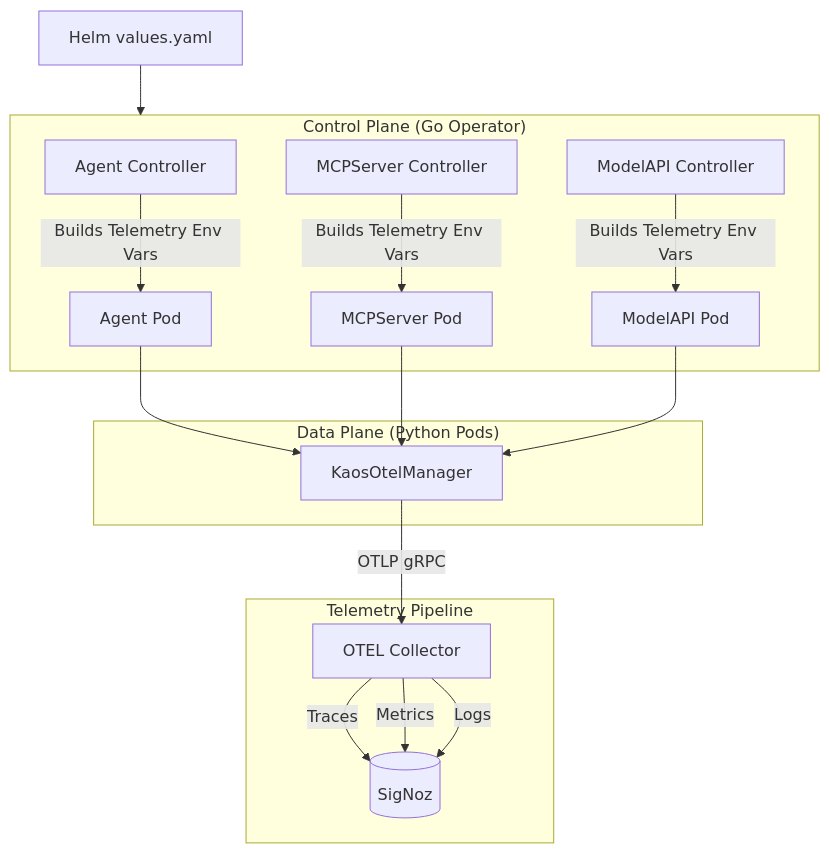
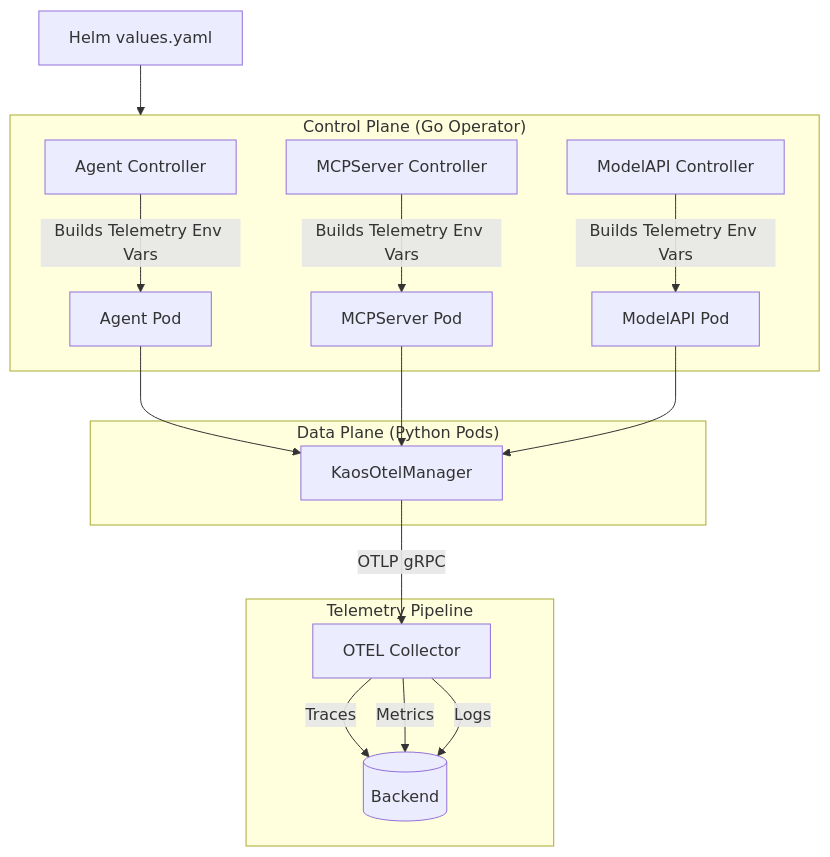
Before and after one commit to axsaucedo/kaos-ai-docs: the second of 2 diagrams in BLOGPOST.md, drawn with Mermaid. The commit also changed other lines of this file, not shown here.

````diff
--- a/BLOGPOST.md
+++ b/BLOGPOST.md
@@ -470,31 +640,31 @@
 ```mermaid
 flowchart TB
     subgraph ControlPlane["Control Plane (Go Operator)"]
         AC[Agent Controller]
         MC[MCPServer Controller]
         MACtrl[ModelAPI Controller]
         
         AC --> |Builds Telemetry Env Vars| AgentPod
         MC --> |Builds Telemetry Env Vars| MCPPod
         MACtrl --> |Builds Telemetry Env Vars| ModelPod
     end
     
     subgraph DataPlane["Data Plane (Python Pods)"]
         AgentPod[Agent Pod]
         MCPPod[MCPServer Pod]
         ModelPod[ModelAPI Pod]
         
         AgentPod --> KOM[KaosOtelManager]
         MCPPod --> KOM
         ModelPod --> KOM
     end
     
     subgraph OTELStack["Telemetry Pipeline"]
         KOM --> |OTLP gRPC| Collector[OTEL Collector]
-        Collector --> |Traces| SigNoz[(SigNoz)]
-        Collector --> |Metrics| SigNoz
-        Collector --> |Logs| SigNoz
+        Collector --> |Traces| Backend[(Backend)]
+        Collector --> |Metrics| Backend
+        Collector --> |Logs| Backend
     end
     
     HelmValues[Helm values.yaml] --> ControlPlane
 ```
````
